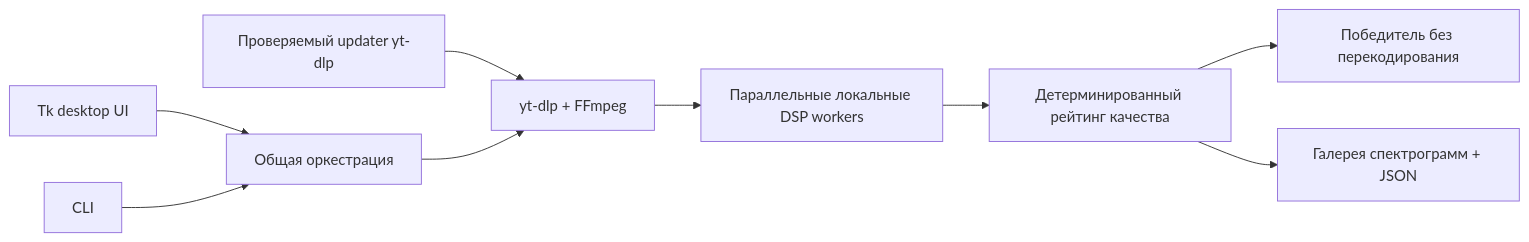
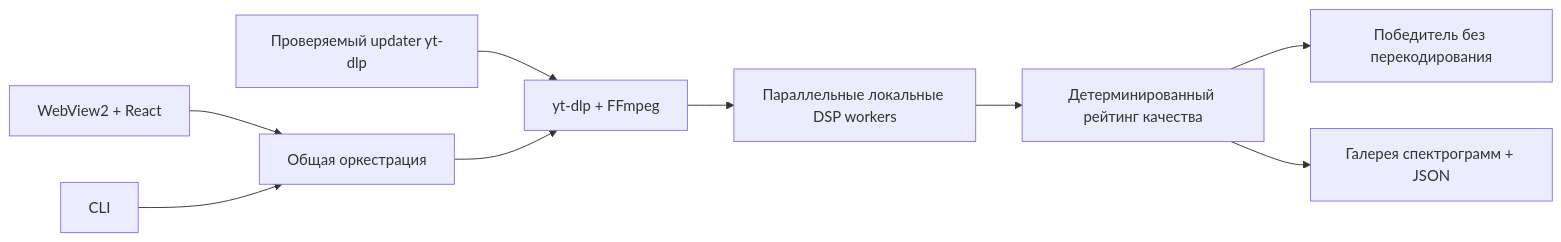
One commit to emmzde/track-judge changed the diagram in README.ru.md. Above: the diagram before and after it, drawn with Mermaid. The commit also changed other lines of this file and 7 other files, not shown here.

````diff
--- a/README.ru.md
+++ b/README.ru.md
@@ -49,11 +83,11 @@
 ```mermaid
 flowchart LR
-    GUI["Tk desktop UI"] --> CORE["Общая оркестрация"]
+    GUI["WebView2 + React"] --> CORE["Общая оркестрация"]
     CLI["CLI"] --> CORE
     UPDATE["Проверяемый updater yt-dlp"] --> MEDIA["yt-dlp + FFmpeg"]
     CORE --> MEDIA
     MEDIA --> DSP["Параллельные локальные DSP workers"]
     DSP --> RANK["Детерминированный рейтинг качества"]
     RANK --> WINNER["Победитель без перекодирования"]
     RANK --> EVIDENCE["Галерея спектрограмм + JSON"]
 ```
````
